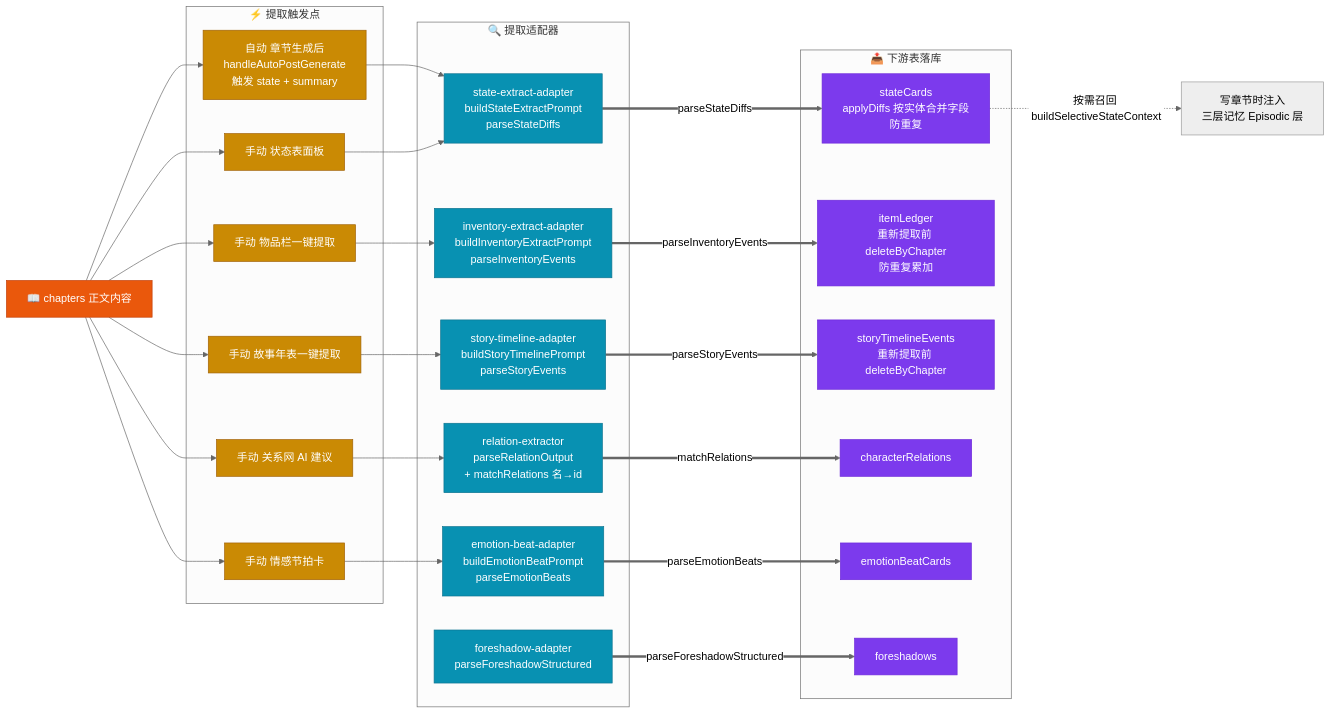
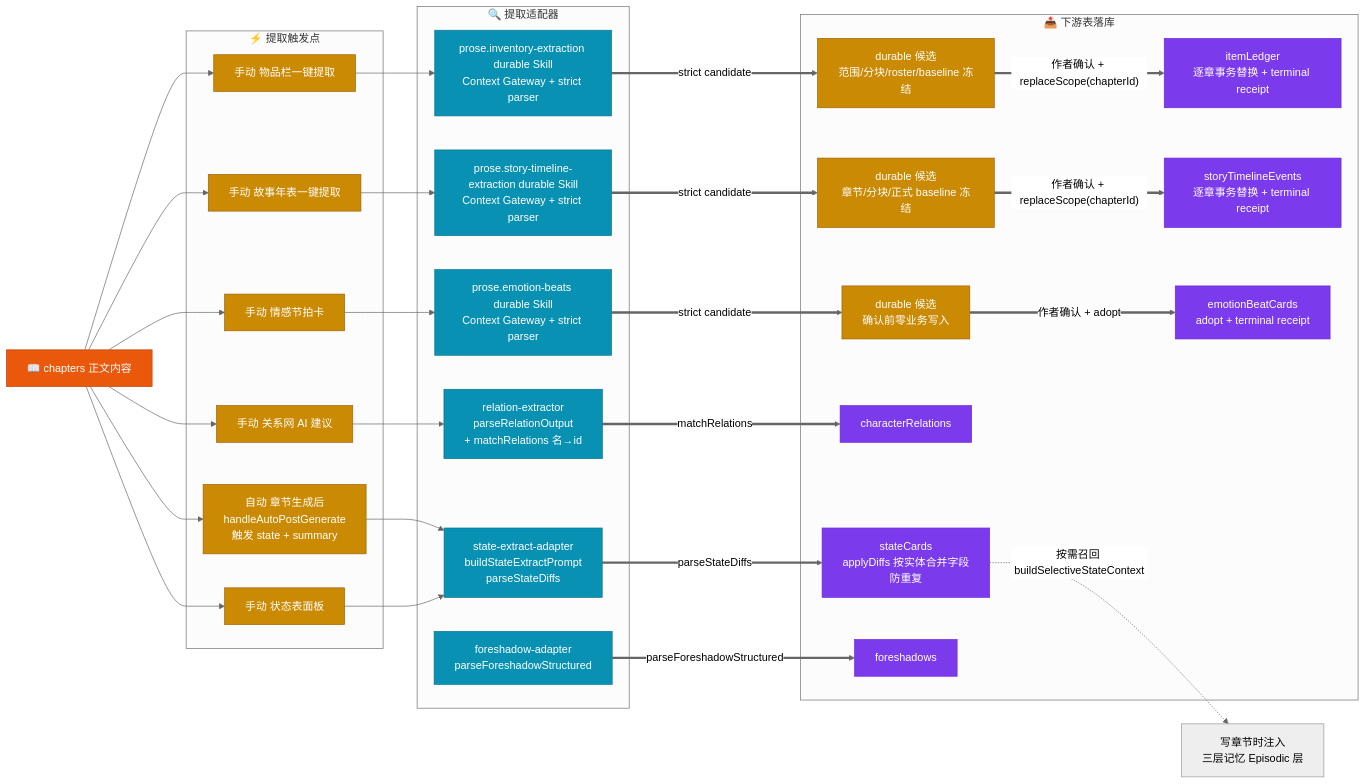
The fourth of 15 diagrams in docs/DATA-FLOW-DIAGRAM.md (EstusFlask/storyforge), drawn with Mermaid (neutral theme) before and after one commit. The commit also changed other lines of this file and 622 other files, not shown here.

````diff
--- a/docs/DATA-FLOW-DIAGRAM.md
+++ b/docs/DATA-FLOW-DIAGRAM.md
@@ -441,63 +469,70 @@
 ```mermaid
 flowchart LR
     CHAPTERS["📖 chapters 正文内容"]
 
     subgraph EXTRACT["🔍 提取适配器"]
         SEX["state-extract-adapter<br/>buildStateExtractPrompt<br/>parseStateDiffs"]
-        IEX["inventory-extract-adapter<br/>buildInventoryExtractPrompt<br/>parseInventoryEvents"]
-        TEX["story-timeline-adapter<br/>buildStoryTimelinePrompt<br/>parseStoryEvents"]
+        IEX["prose.inventory-extraction durable Skill<br/>Context Gateway + strict parser"]
+        TEX["prose.story-timeline-extraction durable Skill<br/>Context Gateway + strict parser"]
         REX["relation-extractor<br/>parseRelationOutput<br/>+ matchRelations 名→id"]
-        EBA["emotion-beat-adapter<br/>buildEmotionBeatPrompt<br/>parseEmotionBeats"]
+        EBA["prose.emotion-beats durable Skill<br/>Context Gateway + strict parser"]
         FCO["foreshadow-adapter<br/>parseForeshadowStructured"]
     end
 
     subgraph TRIG["⚡ 提取触发点"]
         AUTO["自动 章节生成后<br/>handleAutoPostGenerate<br/>触发 state + summary"]
         MANU_S["手动 状态表面板"]
         MANU_I["手动 物品栏一键提取"]
         MANU_T["手动 故事年表一键提取"]
         MANU_R["手动 关系网 AI 建议"]
         MANU_E["手动 情感节拍卡"]
     end
 
     subgraph DTABLES["📤 下游表落库"]
         ST["stateCards<br/>applyDiffs 按实体合并字段<br/>防重复"]
-        IL["itemLedger<br/>重新提取前 deleteByChapter<br/>防重复累加"]
-        ST_T["storyTimelineEvents<br/>重新提取前 deleteByChapter"]
+        IC["durable 候选<br/>范围/分块/roster/baseline 冻结"]
+        IL["itemLedger<br/>逐章事务替换 + terminal receipt"]
+        TC["durable 候选<br/>章节/分块/正式 baseline 冻结"]
+        ST_T["storyTimelineEvents<br/>逐章事务替换 + terminal receipt"]
         CR["characterRelations"]
-        EB["emotionBeatCards"]
+        EBC["durable 候选<br/>确认前零业务写入"]
+        EB["emotionBeatCards<br/>adopt + terminal receipt"]
         FO["foreshadows"]
     end
 
     CHAPTERS --> AUTO
     CHAPTERS --> MANU_S
     CHAPTERS --> MANU_I
     CHAPTERS --> MANU_T
     CHAPTERS --> MANU_R
     CHAPTERS --> MANU_E
 
     AUTO --> SEX
     MANU_S --> SEX
     MANU_I --> IEX
     MANU_T --> TEX
     MANU_R --> REX
     MANU_E --> EBA
 
     SEX ==parseStateDiffs==> ST
-    IEX ==parseInventoryEvents==> IL
-    TEX ==parseStoryEvents==> ST_T
+    IEX ==strict candidate==> IC
+    IC ==作者确认 + replaceScope(chapterId)==> IL
+    TEX ==strict candidate==> TC
+    TC ==作者确认 + replaceScope(chapterId)==> ST_T
     REX ==matchRelations==> CR
-    EBA ==parseEmotionBeats==> EB
+    EBA ==strict candidate==> EBC
+    EBC ==作者确认 + adopt==> EB
     FCO ==parseForeshadowStructured==> FO
 
     ST -.按需召回 buildSelectiveStateContext.-> RECALL["写章节时注入<br/>三层记忆 Episodic 层"]
 
     classDef table fill:#7c3aed,stroke:#6d28d9,color:#fff;
     classDef adp fill:#0891b2,stroke:#0e7490,color:#fff;
     classDef trig fill:#ca8a04,stroke:#a16207,color:#fff;
     classDef src fill:#ea580c,stroke:#c2410c,color:#fff;
     class ST,IL,ST_T,CR,EB,FO table
+    class EBC,IC,TC trig
     class SEX,IEX,TEX,REX,EBA,FCO adp
     class AUTO,MANU_S,MANU_I,MANU_T,MANU_R,MANU_E trig
     class CHAPTERS src
 ```
````
